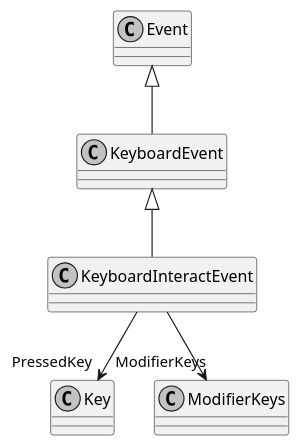
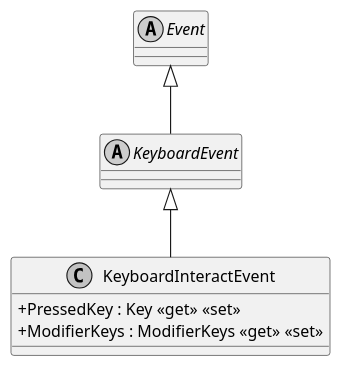
Before and after one commit to insightmind/MORR: the diagram in documents/sd/plantuml/application/Modules/Keyboard/Events/KeyBoardInteractEvent.puml, drawn with PlantUML. The commit also changed 16 other files, not shown here.

```diff
--- a/documents/sd/plantuml/application/Modules/Keyboard/Events/KeyBoardInteractEvent.puml
+++ b/documents/sd/plantuml/application/Modules/Keyboard/Events/KeyBoardInteractEvent.puml
@@ -1,11 +1,13 @@
 @startuml
 skinparam monochrome true
 skinparam classAttributeIconSize 0
 
 class KeyboardInteractEvent {
+    + PressedKey : Key <<get>> <<set>>
+    + ModifierKeys : ModifierKeys <<get>> <<set>>
 }
+abstract class Event
+abstract class KeyboardEvent
 KeyboardEvent <|-- KeyboardInteractEvent
 Event <|-- KeyboardEvent
-KeyboardInteractEvent --> "PressedKey" Key
-KeyboardInteractEvent --> "ModifierKeys" ModifierKeys
 @enduml
```
